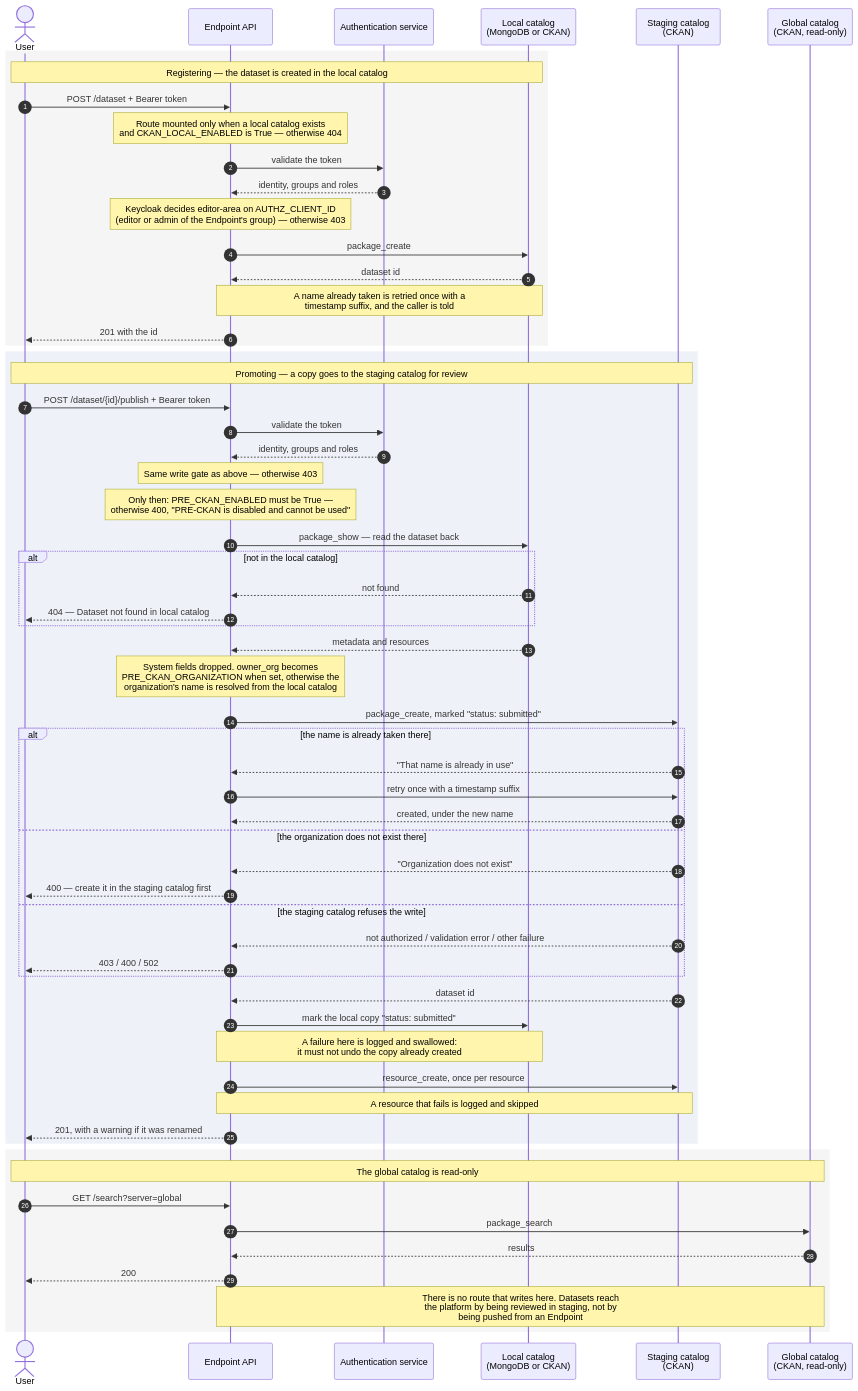
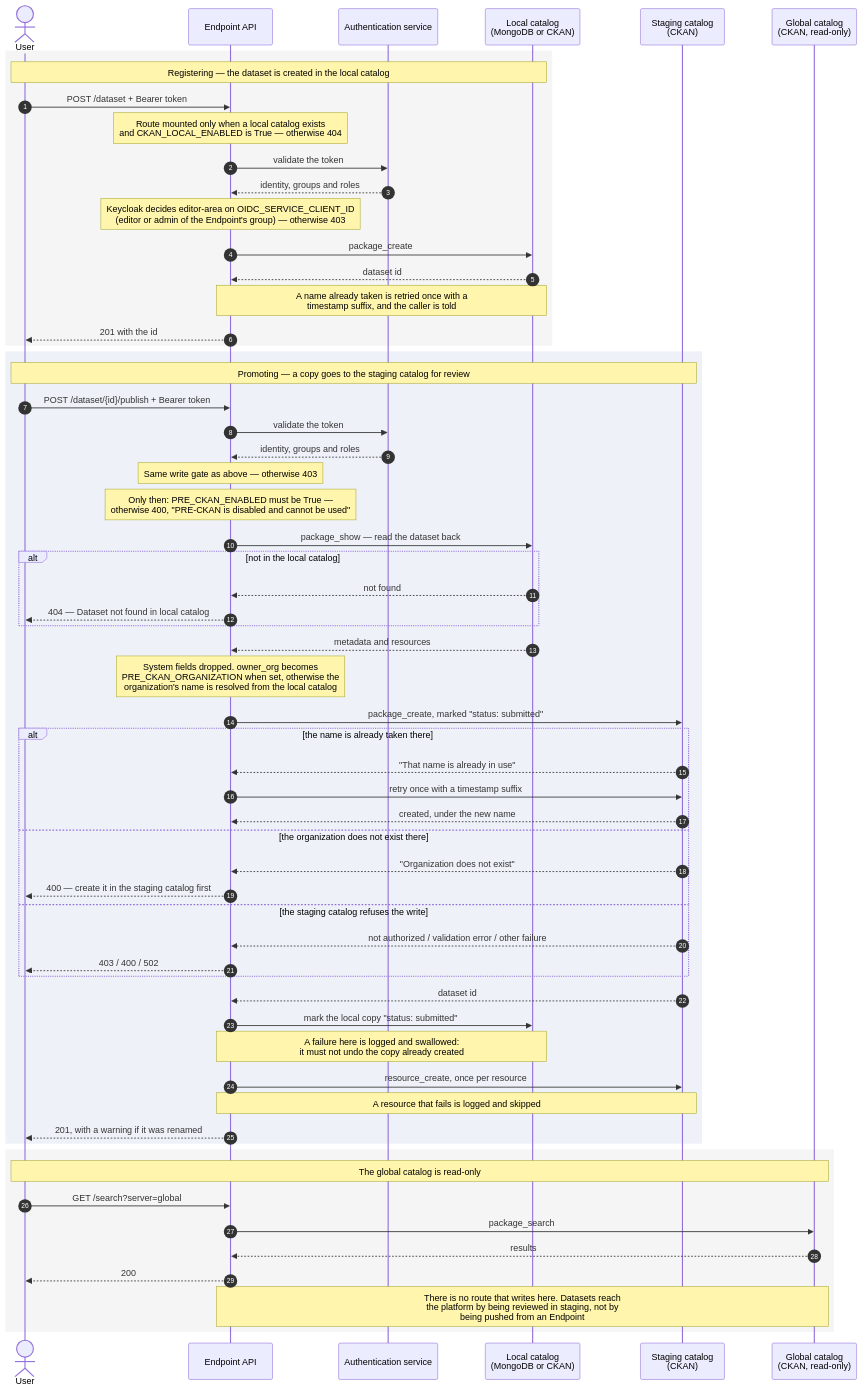
Before and after one commit to national-data-platform/ep-api: the diagram in docs/sequence-diagrams/publishing-a-dataset.md, drawn with Mermaid. The commit also changed other lines of this file and 36 other files, not shown here.

First line of the commit message:
Refactor Keycloak client references to OIDC_SERVICE_CLIENT_ID

````diff
--- a/docs/sequence-diagrams/publishing-a-dataset.md
+++ b/docs/sequence-diagrams/publishing-a-dataset.md
@@ -16,66 +16,66 @@
 ```mermaid
 sequenceDiagram
     autonumber
     actor User
     participant EP as Endpoint API
     participant AAI as Authentication service
     participant Local as Local catalog<br/>(MongoDB or CKAN)
     participant Pre as Staging catalog<br/>(CKAN)
     participant Global as Global catalog<br/>(CKAN, read-only)
 
     rect rgb(245, 245, 245)
     Note over User,Local: Registering — the dataset is created in the local catalog
     User->>EP: POST /dataset + Bearer token
     Note over EP: Route mounted only when a local catalog exists<br/>and CKAN_LOCAL_ENABLED is True — otherwise 404
     EP->>AAI: validate the token
     AAI-->>EP: identity, groups and roles
-    Note over EP: Keycloak decides editor-area on AUTHZ_CLIENT_ID<br/>(editor or admin of the Endpoint's group) — otherwise 403
+    Note over EP: Keycloak decides editor-area on OIDC_SERVICE_CLIENT_ID<br/>(editor or admin of the Endpoint's group) — otherwise 403
     EP->>Local: package_create
     Local-->>EP: dataset id
     Note over EP,Local: A name already taken is retried once with a<br/>timestamp suffix, and the caller is told
     EP-->>User: 201 with the id
     end
 
     rect rgb(238, 242, 248)
     Note over User,Pre: Promoting — a copy goes to the staging catalog for review
     User->>EP: POST /dataset/{id}/publish + Bearer token
     EP->>AAI: validate the token
     AAI-->>EP: identity, groups and roles
     Note over EP: Same write gate as above — otherwise 403
     Note over EP: Only then: PRE_CKAN_ENABLED must be True —<br/>otherwise 400, "PRE-CKAN is disabled and cannot be used"
     EP->>Local: package_show — read the dataset back
     alt not in the local catalog
         Local-->>EP: not found
         EP-->>User: 404 — Dataset not found in local catalog
     end
     Local-->>EP: metadata and resources
     Note over EP: System fields dropped. owner_org becomes<br/>PRE_CKAN_ORGANIZATION when set, otherwise the<br/>organization's name is resolved from the local catalog
     EP->>Pre: package_create, marked "status: submitted"
     alt the name is already taken there
         Pre-->>EP: "That name is already in use"
         EP->>Pre: retry once with a timestamp suffix
         Pre-->>EP: created, under the new name
     else the organization does not exist there
         Pre-->>EP: "Organization does not exist"
         EP-->>User: 400 — create it in the staging catalog first
     else the staging catalog refuses the write
         Pre-->>EP: not authorized / validation error / other failure
         EP-->>User: 403 / 400 / 502
     end
     Pre-->>EP: dataset id
     EP->>Local: mark the local copy "status: submitted"
     Note over EP,Local: A failure here is logged and swallowed:<br/>it must not undo the copy already created
     EP->>Pre: resource_create, once per resource
     Note over EP,Pre: A resource that fails is logged and skipped
     EP-->>User: 201, with a warning if it was renamed
     end
 
     rect rgb(245, 245, 245)
     Note over User,Global: The global catalog is read-only
     User->>EP: GET /search?server=global
     EP->>Global: package_search
     Global-->>EP: results
     EP-->>User: 200
     Note over EP,Global: There is no route that writes here. Datasets reach<br/>the platform by being reviewed in staging, not by<br/>being pushed from an Endpoint
     end
 ```
````
